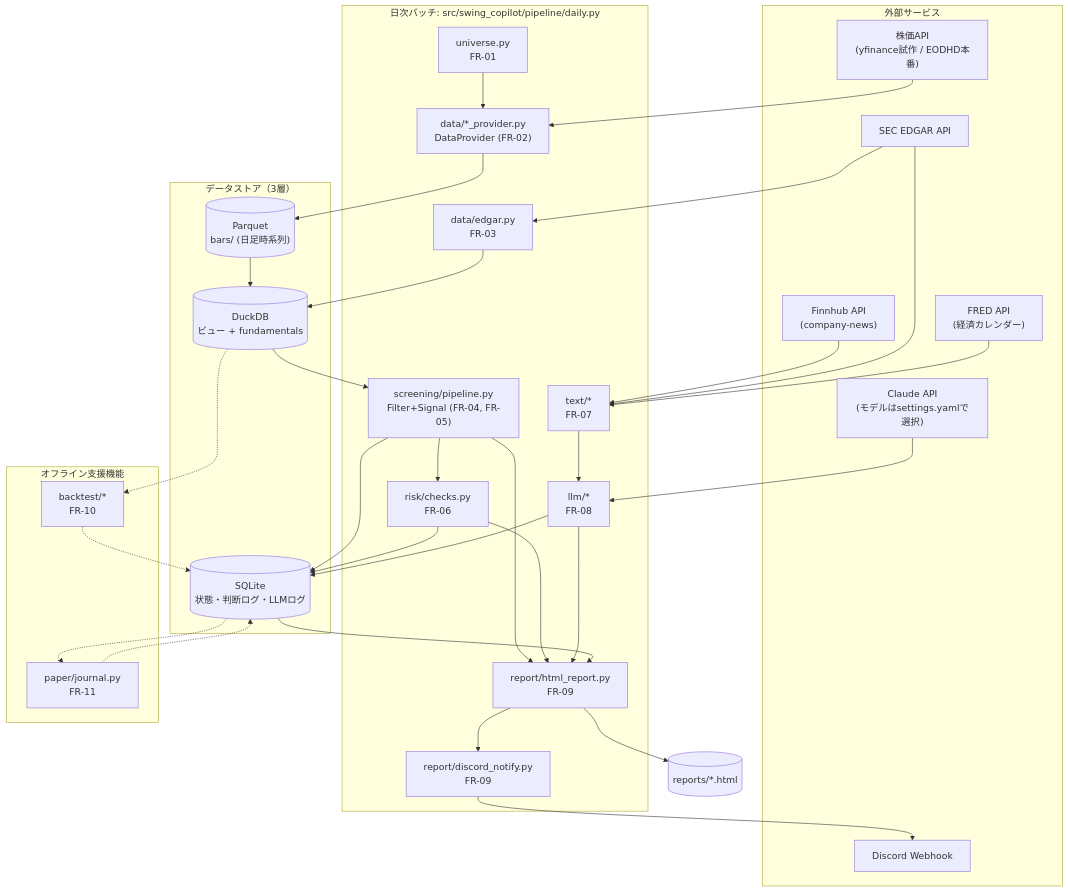
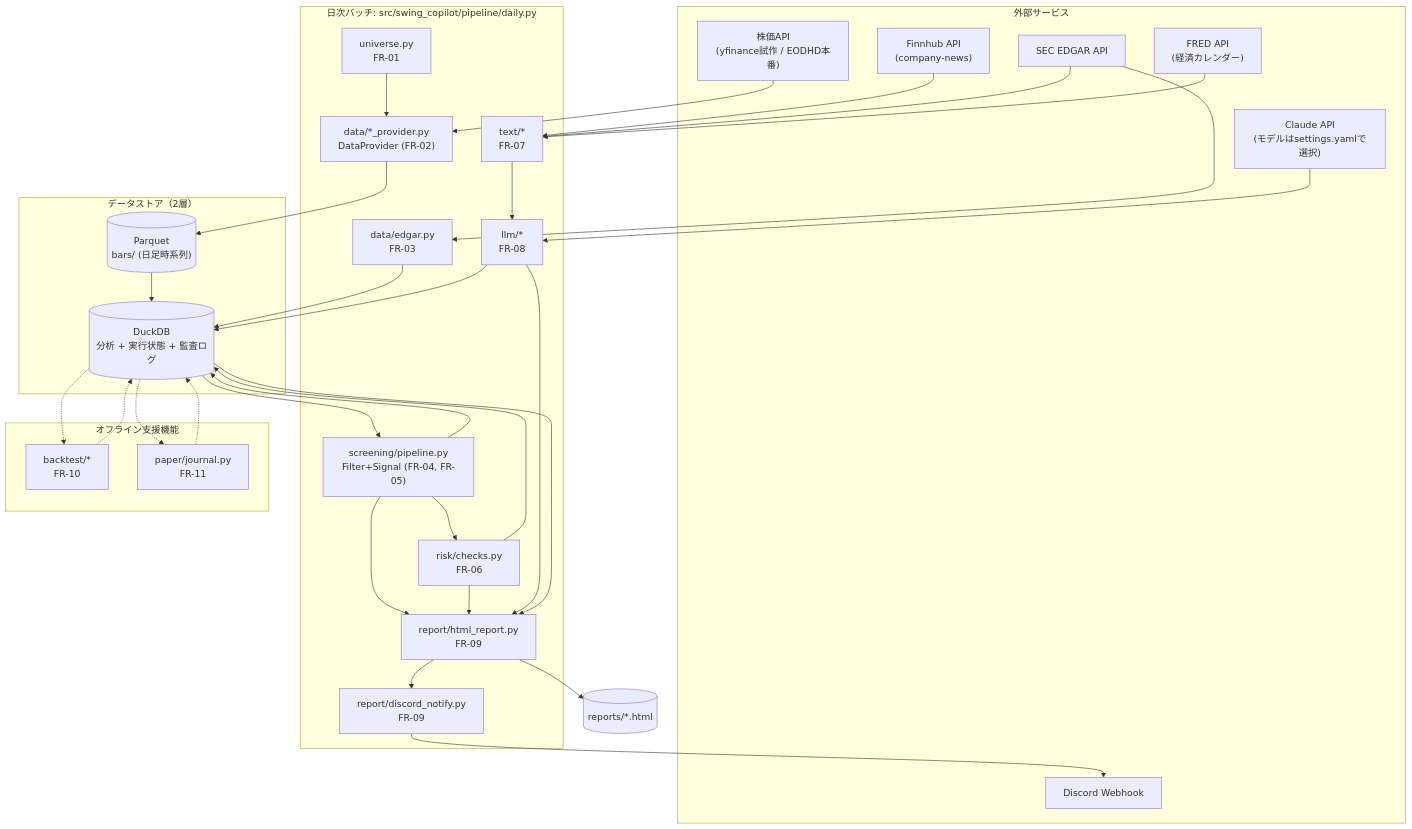
The first of 2 diagrams in docs/03_basic_design.md (tomada1114/swing-copilot), drawn with Mermaid before and after one commit. The commit also changed other lines of this file and 11 other files, not shown here.

Commit message:
docs: refine P1 and P2 architecture

````diff
--- a/docs/03_basic_design.md
+++ b/docs/03_basic_design.md
@@ -22,63 +33,62 @@
 ```mermaid
 flowchart TD
     subgraph External["外部サービス"]
         YF["株価API<br/>(yfinance試作 / EODHD本番)"]
         EDGARAPI["SEC EDGAR API"]
         FH["Finnhub API<br/>(company-news)"]
         FRED["FRED API<br/>(経済カレンダー)"]
         CLAUDE["Claude API<br/>(モデルはsettings.yamlで選択)"]
         DISCORD["Discord Webhook"]
     end
 
     subgraph Batch["日次バッチ: src/swing_copilot/pipeline/daily.py"]
         UNIV["universe.py<br/>FR-01"]
         DP["data/*_provider.py<br/>DataProvider (FR-02)"]
         EDG["data/edgar.py<br/>FR-03"]
         SCR["screening/pipeline.py<br/>Filter+Signal (FR-04, FR-05)"]
         RISK["risk/checks.py<br/>FR-06"]
         TXT["text/*<br/>FR-07"]
         LLM["llm/*<br/>FR-08"]
         RPT["report/html_report.py<br/>FR-09"]
         NOTIFY["report/discord_notify.py<br/>FR-09"]
     end
 
     subgraph Offline["オフライン支援機能"]
         BT["backtest/*<br/>FR-10"]
         PAPER["paper/journal.py<br/>FR-11"]
     end
 
-    subgraph Storage["データストア（3層）"]
+    subgraph Storage["データストア（2層）"]
         PARQUET[("Parquet<br/>bars/ (日足時系列)")]
-        DUCKDB[("DuckDB<br/>ビュー + fundamentals")]
-        SQLITE[("SQLite<br/>状態・判断ログ・LLMログ")]
+        DUCKDB[("DuckDB<br/>分析 + 実行状態 + 監査ログ")]
     end
 
     UNIV --> DP
     YF --> DP
     DP --> PARQUET
     PARQUET --> DUCKDB
     EDGARAPI --> EDG
     EDG --> DUCKDB
     DUCKDB --> SCR
-    SCR --> SQLITE
+    SCR --> DUCKDB
     SCR --> RISK
-    RISK --> SQLITE
+    RISK --> DUCKDB
     FH --> TXT
     EDGARAPI --> TXT
     FRED --> TXT
     TXT --> LLM
     CLAUDE --> LLM
-    LLM --> SQLITE
+    LLM --> DUCKDB
     SCR --> RPT
     RISK --> RPT
     LLM --> RPT
-    SQLITE --> RPT
+    DUCKDB --> RPT
     RPT --> HTMLOUT[("reports/*.html")]
     RPT --> NOTIFY
     NOTIFY --> DISCORD
 
     DUCKDB -.-> BT
-    BT -.-> SQLITE
-    SQLITE -.-> PAPER
-    PAPER -.-> SQLITE
+    BT -.-> DUCKDB
+    DUCKDB -.-> PAPER
+    PAPER -.-> DUCKDB
 ```
````
